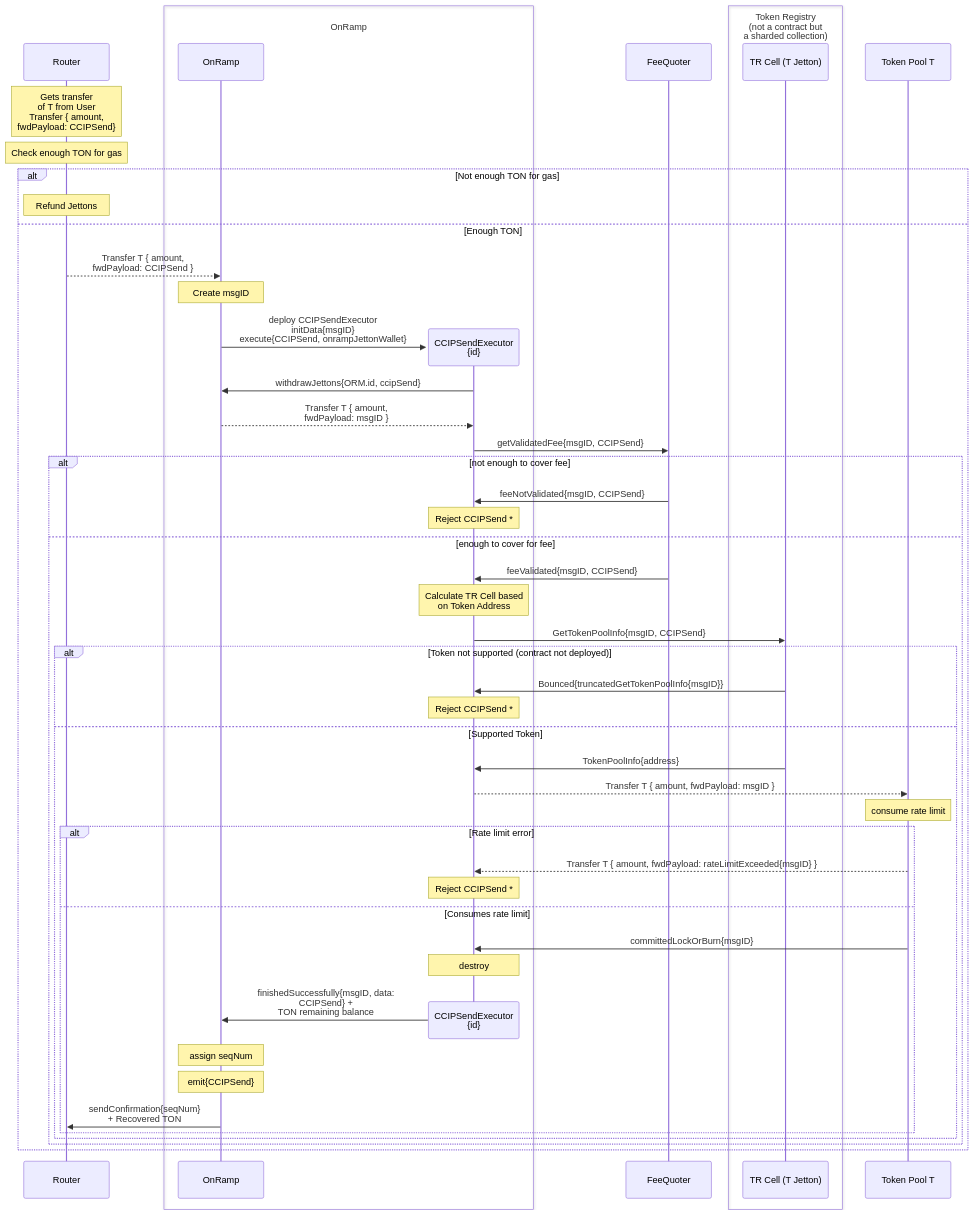
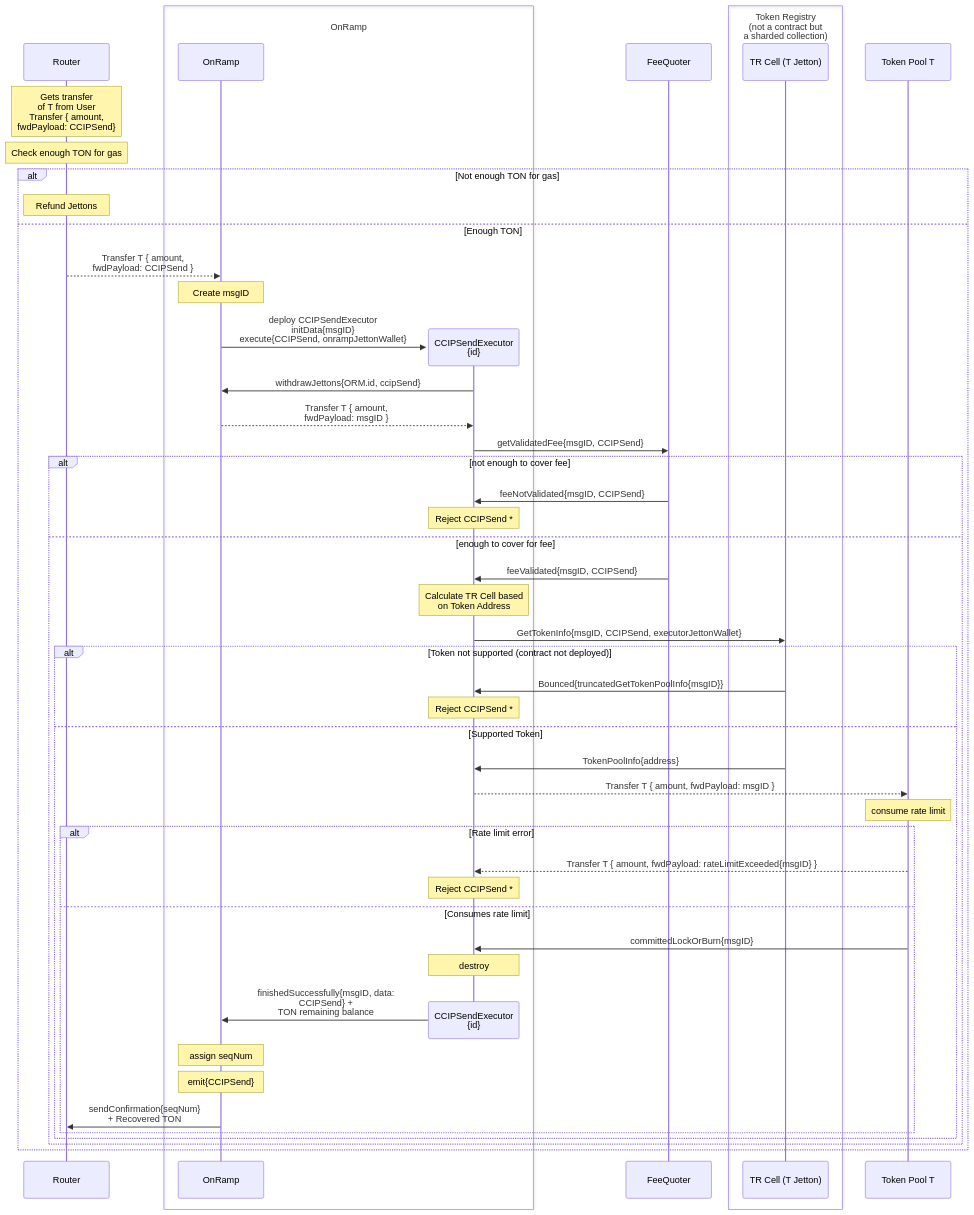
The first of 2 diagrams in docs/contracts/ccip/flow/onramp/token-transfer.md (smartcontractkit/chainlink-ton), drawn with Mermaid before and after one commit. The commit also changed 5 other files, not shown here.

````diff
--- a/docs/contracts/ccip/flow/onramp/token-transfer.md
+++ b/docs/contracts/ccip/flow/onramp/token-transfer.md
@@ -9,70 +9,70 @@
 ```mermaid
 sequenceDiagram
     participant R as Router
 
     Note over R: Gets transfer<br>of T from User<br>Transfer { amount,<br>fwdPayload: CCIPSend}
     Note over R: Check enough TON for gas 
     alt Not enough TON for gas
     Note over R: Refund Jettons
     else Enough TON
 
     R -->> OR: Transfer T { amount,<br>fwdPayload: CCIPSend }
     
     Note over OR: Create msgID
     create participant ORM
     OR ->> ORM: deploy CCIPSendExecutor <br>initData{msgID}<br>execute{CCIPSend, onrampJettonWallet}
     ORM ->> OR: withdrawJettons{ORM.id, ccipSend}
     OR -->> ORM: Transfer T { amount,<br>fwdPayload: msgID }
 
     box OnRamp
     participant OR as OnRamp
     participant ORM as CCIPSendExecutor<br>{id}
     end
 
     participant FQ as FeeQuoter
 
     box Token Registry<br>(not a contract but<br>a sharded collection)
     participant TRC as TR Cell (T Jetton)
     end
 
     participant TP as Token Pool T
 
     ORM ->> FQ: getValidatedFee{msgID, CCIPSend}
 
 
     alt not enough to cover fee
     FQ ->> ORM: feeNotValidated{msgID, CCIPSend}
     Note over ORM: Reject CCIPSend *
 
     else enough to cover for fee
     FQ ->> ORM: feeValidated{msgID, CCIPSend}
     Note over ORM: Calculate TR Cell based<br>on Token Address
 
-    ORM ->> TRC: GetTokenPoolInfo{msgID, CCIPSend}
+    ORM ->> TRC: GetTokenInfo{msgID, CCIPSend, executorJettonWallet}
 
     alt Token not supported (contract not deployed)
     TRC ->> ORM: Bounced{truncatedGetTokenPoolInfo{msgID}}
     Note over ORM: Reject CCIPSend *
     else Supported Token
     TRC ->> ORM: TokenPoolInfo{address}
 
     ORM -->> TP: Transfer T { amount, fwdPayload: msgID }
     
     Note over TP: consume rate limit
     alt Rate limit error
     TP -->> ORM: Transfer T { amount, fwdPayload: rateLimitExceeded{msgID} }
     Note over ORM: Reject CCIPSend *
 
     else Consumes rate limit
     TP ->> ORM: committedLockOrBurn{msgID} 
     Note over ORM: destroy
     destroy ORM
     ORM ->> OR: finishedSuccessfully{msgID, data:<br>CCIPSend} +<br>TON remaining balance
     note over OR: assign seqNum
     note over OR: emit{CCIPSend}
     OR ->> R: sendConfirmation{seqNum}<br>+ Recovered TON
     end
     end
     end
     end
 ```
````
